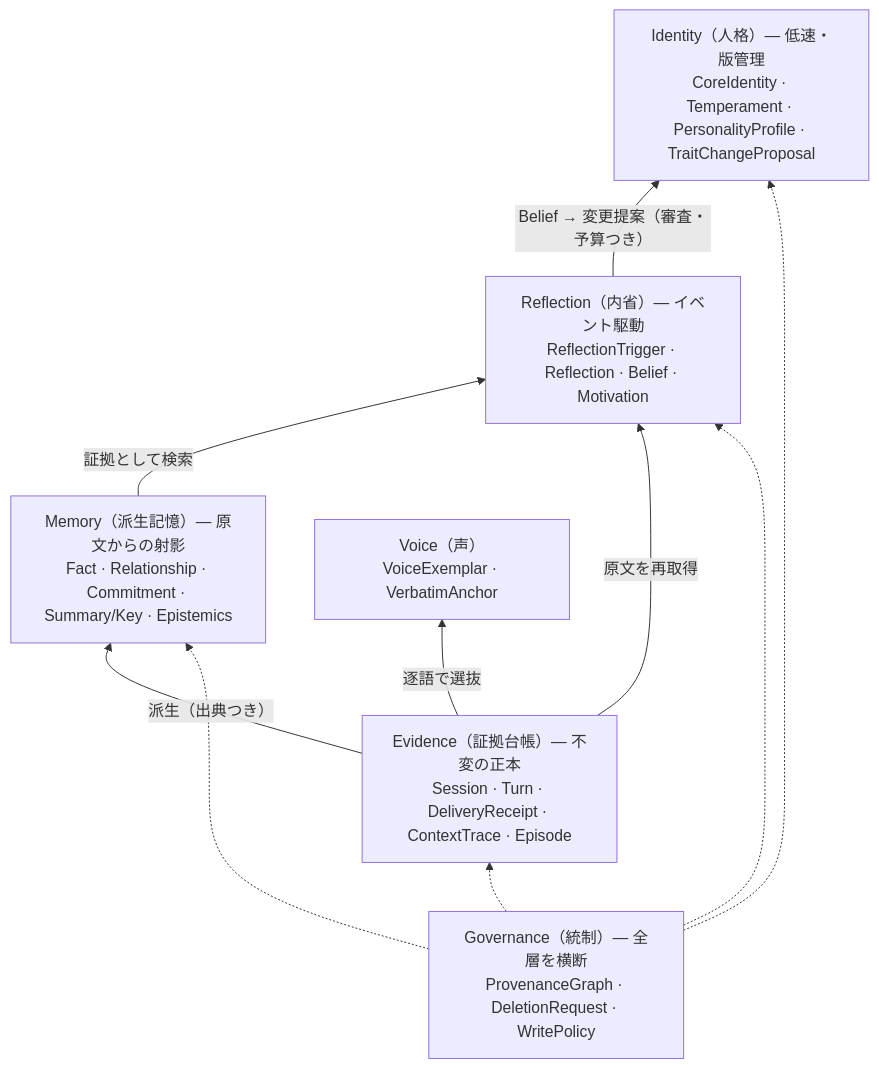
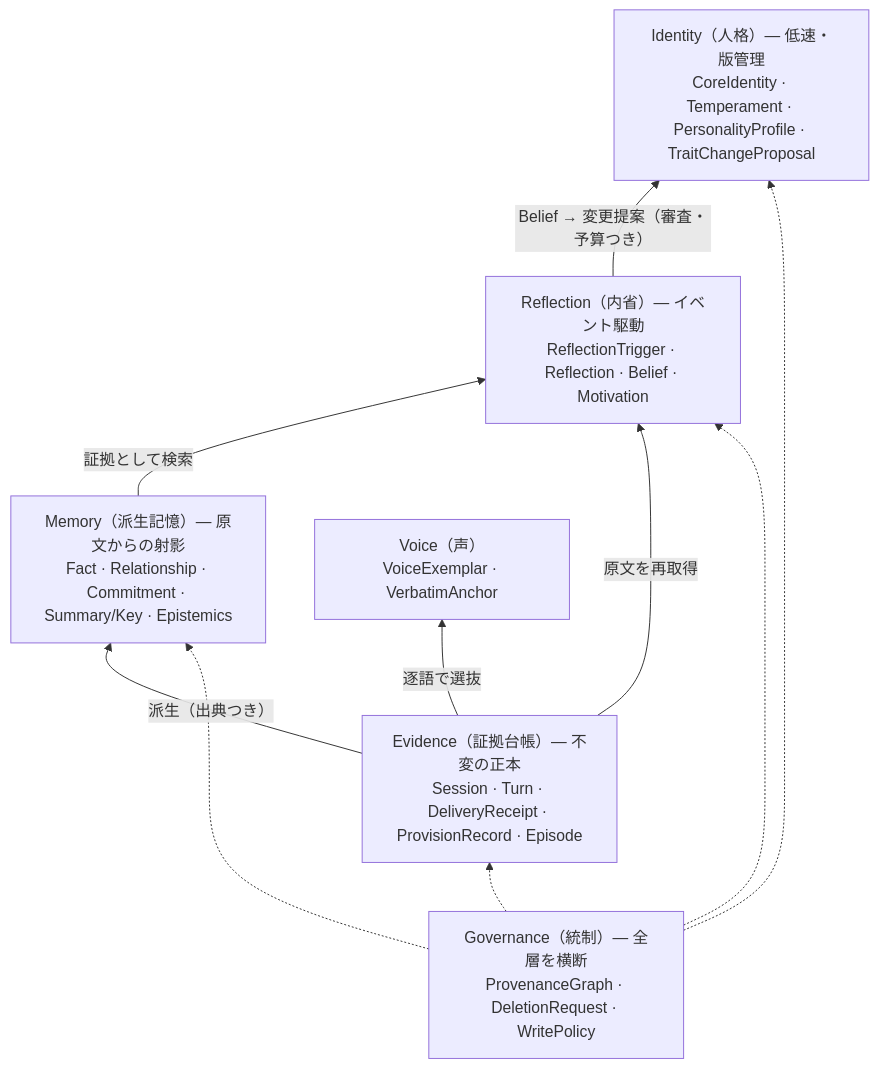
Before and after one commit to FYuki/digital-souls-memory: the second of 2 diagrams in docs/domain-model.md, drawn with Mermaid. The commit also changed other lines of this file and 16 other files, not shown here.

````diff
--- a/docs/domain-model.md
+++ b/docs/domain-model.md
@@ -55,18 +38,18 @@
 ```mermaid
 flowchart BT
-    E["Evidence（証拠台帳）— 不変の正本<br/>Session · Turn · DeliveryReceipt · ContextTrace · Episode"]
+    E["Evidence（証拠台帳）— 不変の正本<br/>Session · Turn · DeliveryReceipt · ProvisionRecord · Episode"]
     M["Memory（派生記憶）— 原文からの射影<br/>Fact · Relationship · Commitment · Summary/Key · Epistemics"]
     R["Reflection（内省）— イベント駆動<br/>ReflectionTrigger · Reflection · Belief · Motivation"]
     I["Identity（人格）— 低速・版管理<br/>CoreIdentity · Temperament · PersonalityProfile · TraitChangeProposal"]
     V["Voice（声）<br/>VoiceExemplar · VerbatimAnchor"]
     G["Governance（統制）— 全層を横断<br/>ProvenanceGraph · DeletionRequest · WritePolicy"]
     E -->|派生（出典つき）| M
     M -->|証拠として検索| R
     E -->|原文を再取得| R
     R -->|Belief → 変更提案（審査・予算つき）| I
     E -->|逐語で選抜| V
     G -.-> E
     G -.-> M
     G -.-> R
     G -.-> I
 ```
````
